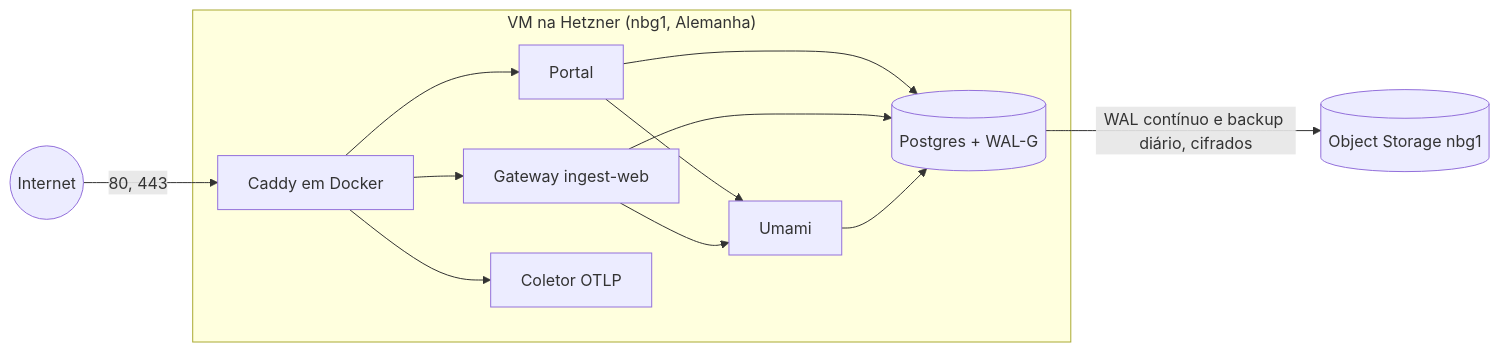
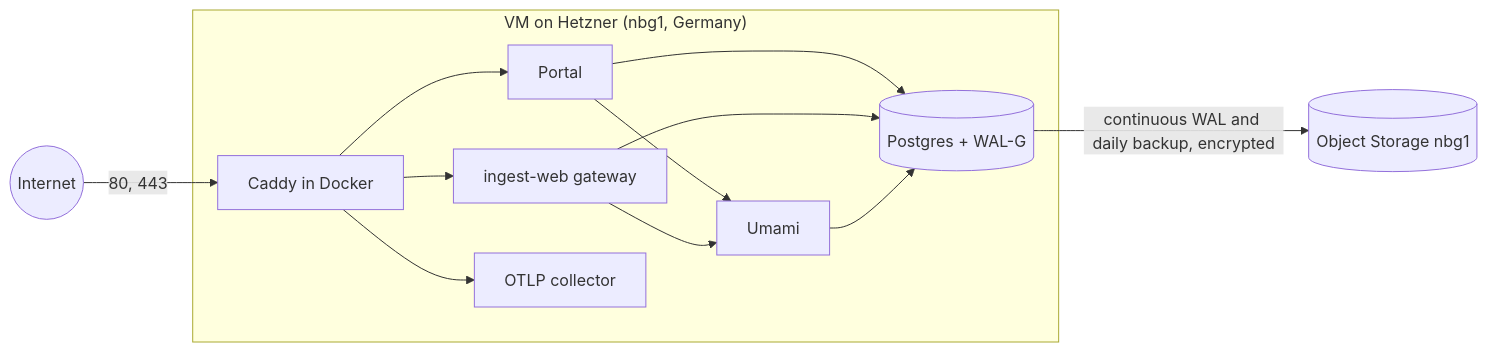
Before and after one commit to manucadev81/stellytics: the diagram in docs/deploy.md, drawn with Mermaid. The commit also changed other lines of this file and 11 other files, not shown here.

````diff
--- a/docs/deploy.md
+++ b/docs/deploy.md
@@ -48,15 +70,15 @@
 ```mermaid
 flowchart LR
-  internet((Internet)) -->|80, 443| caddy[Caddy em Docker]
-  subgraph vm["VM na Hetzner (nbg1, Alemanha)"]
+  internet((Internet)) -->|80, 443| caddy[Caddy in Docker]
+  subgraph vm["VM on Hetzner (nbg1, Germany)"]
     caddy --> portal[Portal]
-    caddy --> gw[Gateway ingest-web]
-    caddy --> collector[Coletor OTLP]
+    caddy --> gw[ingest-web gateway]
+    caddy --> collector[OTLP collector]
     portal --> umami[Umami]
     gw --> umami
     portal --> pg[(Postgres + WAL-G)]
     gw --> pg
     umami --> pg
   end
-  pg -->|WAL contínuo e backup diário, cifrados| s3[(Object Storage nbg1)]
+  pg -->|continuous WAL and daily backup, encrypted| s3[(Object Storage nbg1)]
 ```
````
